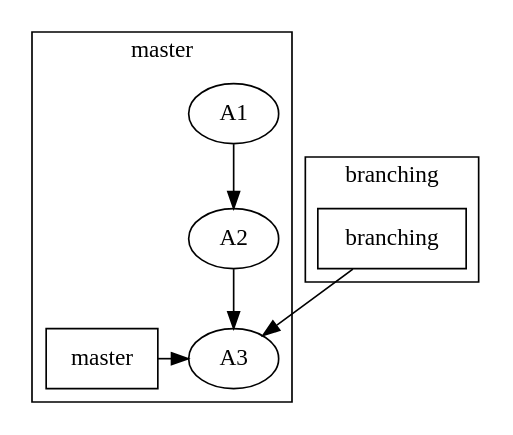
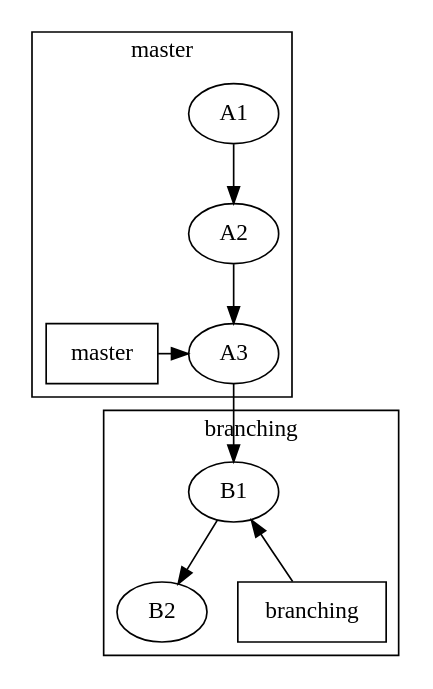
The diagram in tree.dot (java8-course/get-flow), drawn with Graphviz before and after one commit.

```diff
--- a/tree.dot
+++ b/tree.dot
@@ -1,21 +1,24 @@
 digraph tree {
     subgraph cluster_master {
         label="master"
         A1 -> A2 -> A3
         
         br_master [shape=rectangle; label="master"]
         
     //     br_master -> A1 [style=dashed]
     //     br_master -> A2 [style=dashed]
         br_master -> A3
         
         {rank=same; A3; br_master}
     }
     
     subgraph cluster_branching {
         label="branching"
+        B1 -> B2
         br_branching [shape=rectangle; label="branching"]
+        {rank=same; B2; br_branching}
     }
     
-    br_branching -> A3
+    A3 -> B1
+    br_branching -> B1
 }
```
